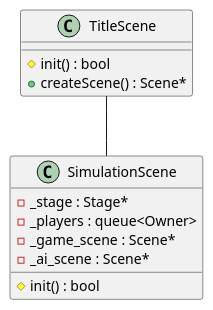
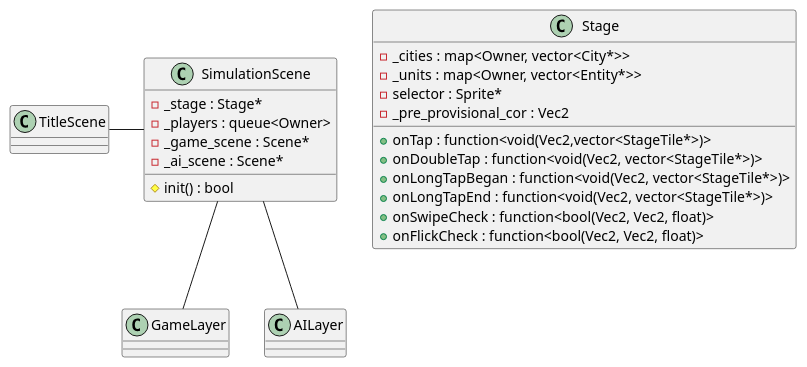
Before and after one commit to Expine/PaS: the diagram in UML/simulation_class.wsd, drawn with PlantUML. The commit also changed 26 other files, not shown here.

Commit message:
Make full UML

```diff
--- a/UML/simulation_class.wsd
+++ b/UML/simulation_class.wsd
@@ -1,18 +1,40 @@
 @startuml
 
 class TitleScene {
-	#init() : bool
-	+createScene() : Scene*
 }
 
 class SimulationScene {
 	-_stage : Stage*
 	-_players : queue<Owner>
 	-_game_scene : Scene*
 	-_ai_scene : Scene*
 	#init() : bool
 }
 
-TitleScene -- SimulationScene
+class GameLayer {
+
+}
+
+class AILayer {
+
+}
+
+class Stage {
+	-_cities : map<Owner, vector<City*>>
+	-_units : map<Owner, vector<Entity*>>
+	-selector : Sprite*
+	-_pre_provisional_cor : Vec2
+	+onTap : function<void(Vec2,vector<StageTile*>)>
+	+onDoubleTap : function<void(Vec2, vector<StageTile*>)>
+	+onLongTapBegan : function<void(Vec2, vector<StageTile*>)>
+	+onLongTapEnd : function<void(Vec2, vector<StageTile*>)>
+	+onSwipeCheck : function<bool(Vec2, Vec2, float)>
+	+onFlickCheck : function<bool(Vec2, Vec2, float)>
+}
+
+TitleScene - SimulationScene
+
+SimulationScene -- GameLayer
+SimulationScene -- AILayer
 
 @enduml
```
